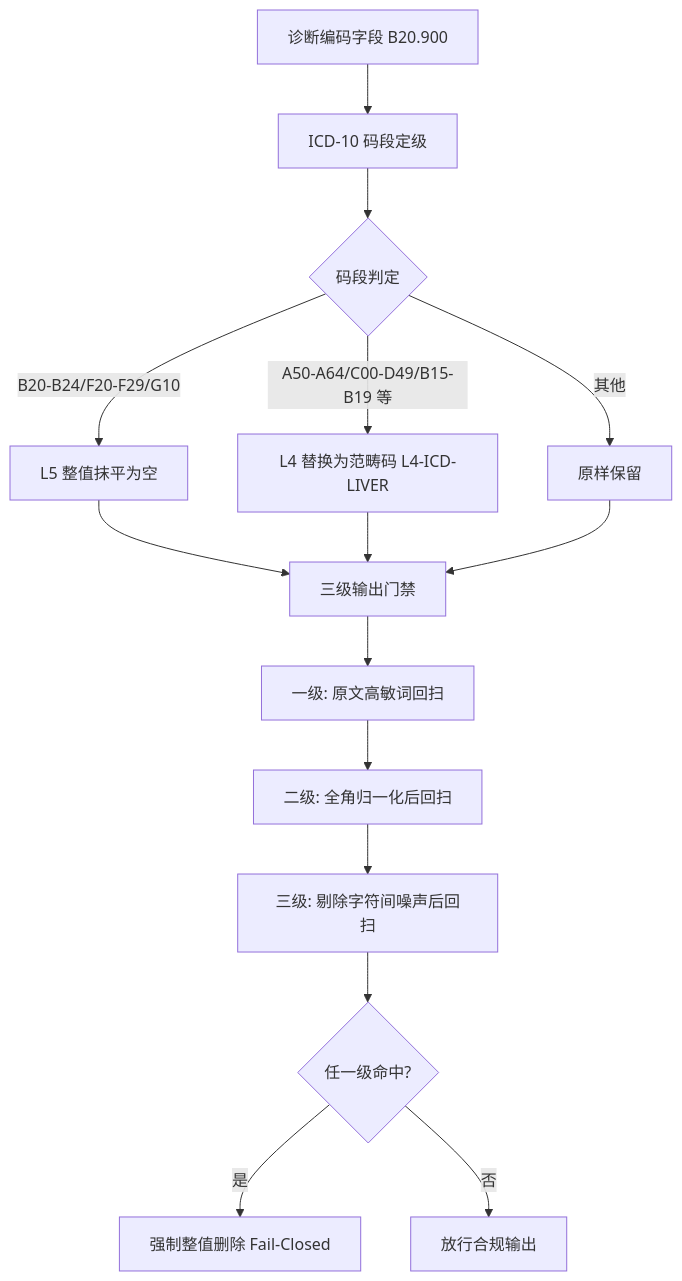
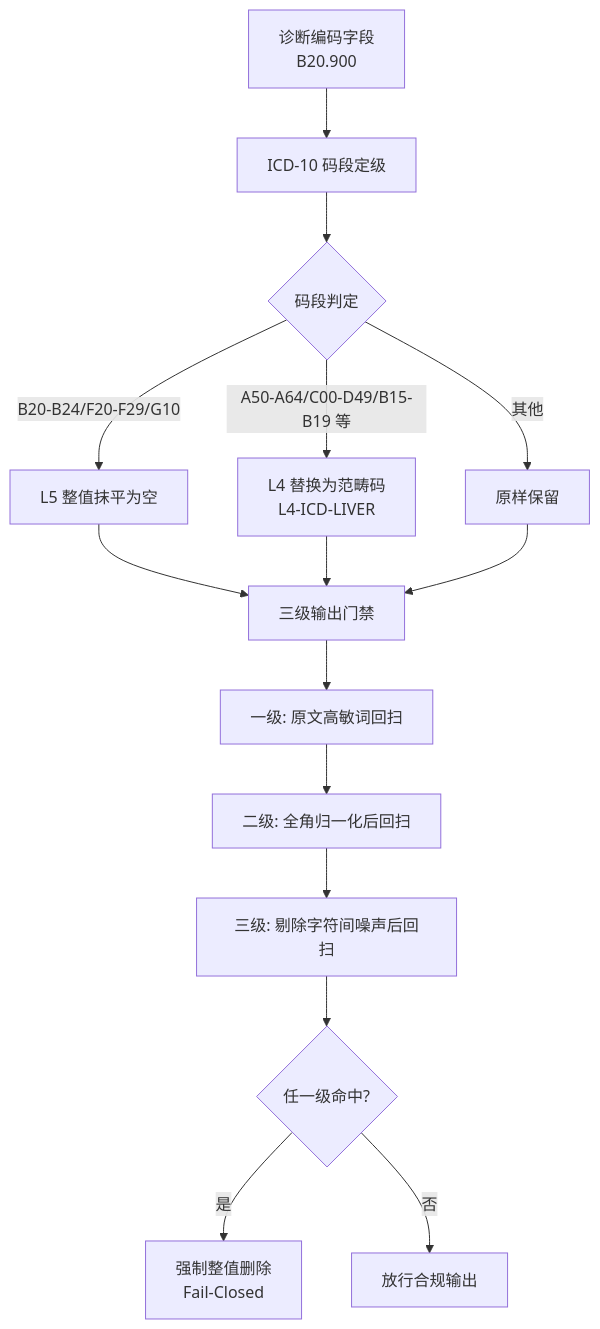
Before and after one commit to fengzhizi319/PrivShield: the fifth of 5 diagrams in docs/patent/专利7-基于范畴化降级泛化与四柱强剥离的高敏医疗数据抹平方法及系统.md, drawn with Mermaid. The commit also changed other lines of this file and 23 other files, not shown here.

````diff
--- a/docs/patent/专利7-基于范畴化降级泛化与四柱强剥离的高敏医疗数据抹平方法及系统.md
+++ b/docs/patent/专利7-基于范畴化降级泛化与四柱强剥离的高敏医疗数据抹平方法及系统.md
@@ -310,17 +330,17 @@
 ```mermaid
 graph TB
-    A[诊断编码字段 B20.900] --> B[ICD-10 码段定级]
+    A[诊断编码字段<br/>B20.900] --> B[ICD-10 码段定级]
     B --> C{码段判定}
     C -->|B20-B24/F20-F29/G10| D[L5 整值抹平为空]
-    C -->|A50-A64/C00-D49/B15-B19 等| E[L4 替换为范畴码 L4-ICD-LIVER]
+    C -->|A50-A64/C00-D49/B15-B19 等| E[L4 替换为范畴码<br/>L4-ICD-LIVER]
     C -->|其他| F[原样保留]
     D --> G[三级输出门禁]
     E --> G
     F --> G
     G --> H1[一级: 原文高敏词回扫]
     H1 --> H2[二级: 全角归一化后回扫]
     H2 --> H3[三级: 剔除字符间噪声后回扫]
     H3 --> I{任一级命中?}
-    I -->|是| J[强制整值删除 Fail-Closed]
+    I -->|是| J[强制整值删除<br/>Fail-Closed]
     I -->|否| K[放行合规输出]
 ```
````
